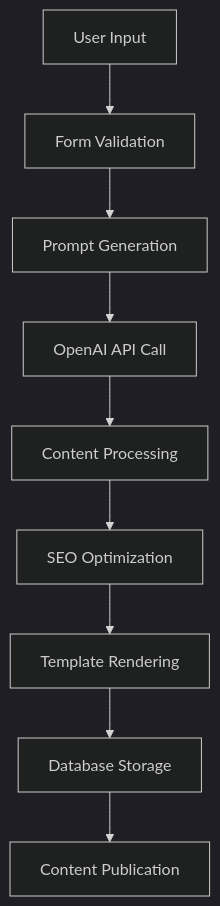
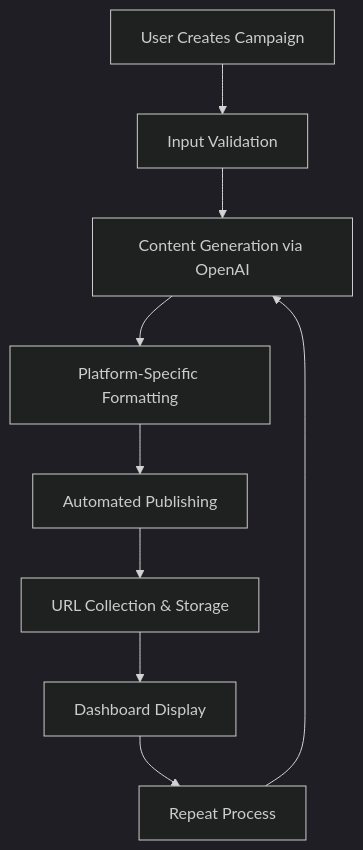
Before and after one commit to belonio2793/backlinkoo-backup: the diagram in README.md, drawn with Mermaid (dark theme). The commit also changed other lines of this file, not shown here.

````diff
--- a/README.md
+++ b/README.md
@@ -138,11 +21,11 @@
 ```mermaid
 graph TD
-    A[User Input] --> B[Form Validation]
-    B --> C[Prompt Generation]
-    C --> D[OpenAI API Call]
-    D --> E[Content Processing]
-    E --> F[SEO Optimization]
-    F --> G[Template Rendering]
-    G --> H[Database Storage]
-    H --> I[Content Publication]
+    A[User Creates Campaign] --> B[Input Validation]
+    B --> C[Content Generation via OpenAI]
+    C --> D[Platform-Specific Formatting]
+    D --> E[Automated Publishing]
+    E --> F[URL Collection & Storage]
+    F --> G[Dashboard Display]
+    G --> H[Repeat Process]
+    H --> C
 ```
````
